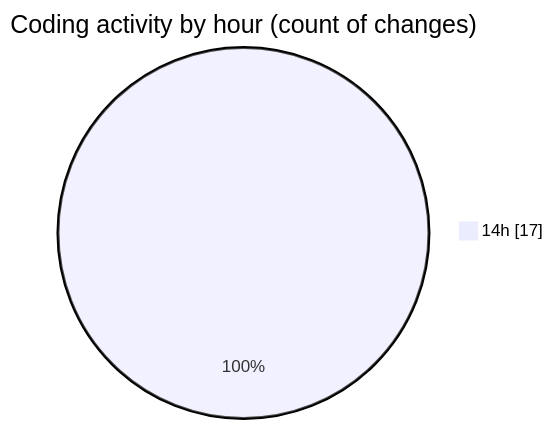
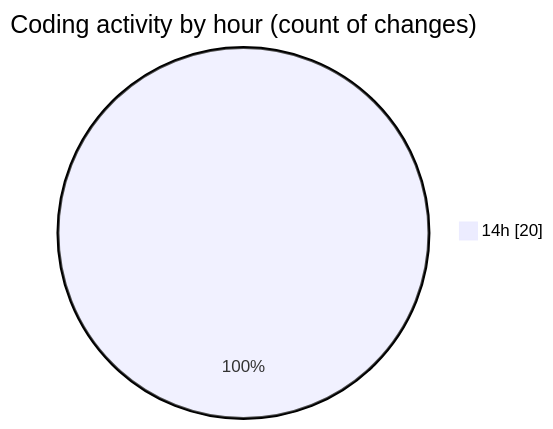
One commit to NitaiMahat/code-tracking changed the second of 2 diagrams in 2025-02-07/recipe-page-main/README.md. Above: the diagram before and after it, drawn with Mermaid. The commit also changed other lines of this file and 1 other file, not shown here.

````diff
--- a/2025-02-07/recipe-page-main/README.md
+++ b/2025-02-07/recipe-page-main/README.md
@@ -30,5 +30,5 @@
 ```mermaid
 pie showData
 title Coding activity by hour (count of changes)
-"14h" : 17
+"14h" : 20
 ```
````
